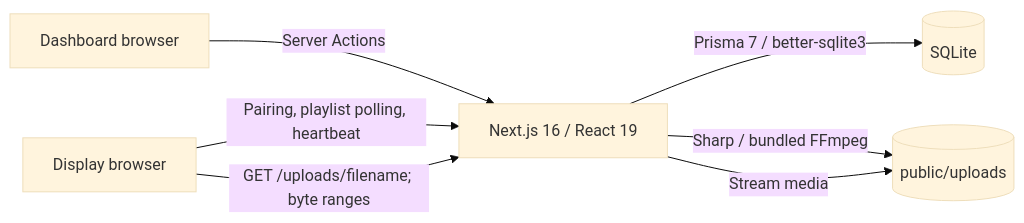
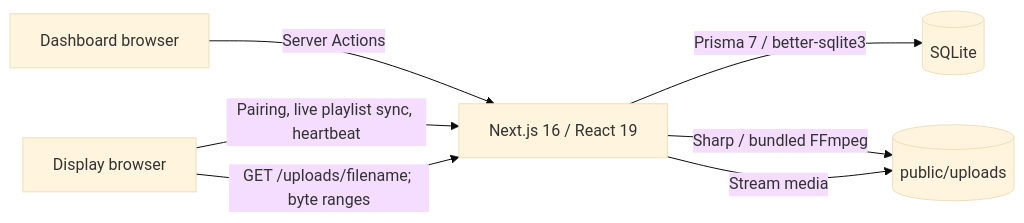
Before and after one commit to llmxlabs/dreamstation: the diagram in docs/ARCHITECTURE.md, drawn with Mermaid (base theme). The commit also changed other lines of this file and 33 other files, not shown here.

First line of the commit message:
feat: add live display sync and URL imports for v0.2.0

````diff
--- a/docs/ARCHITECTURE.md
+++ b/docs/ARCHITECTURE.md
@@ -7,9 +7,9 @@
 ```mermaid
 flowchart LR
   Dashboard[Dashboard browser] -->|Server Actions| Server[Next.js 16 / React 19]
-  Display[Display browser] -->|Pairing, playlist polling, heartbeat| Server
+  Display[Display browser] -->|Pairing, live playlist sync, heartbeat| Server
   Server -->|Prisma 7 / better-sqlite3| DB[(SQLite)]
   Server -->|Sharp / bundled FFmpeg| Media[(public/uploads)]
   Display -->|GET /uploads/filename; byte ranges| Server
   Server -->|Stream media| Media
 ```
````
